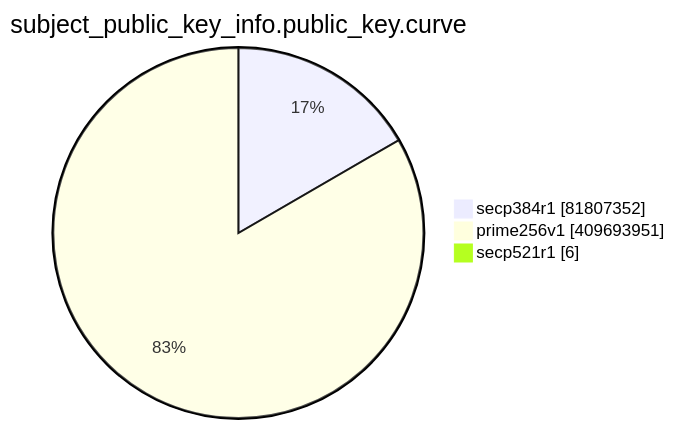
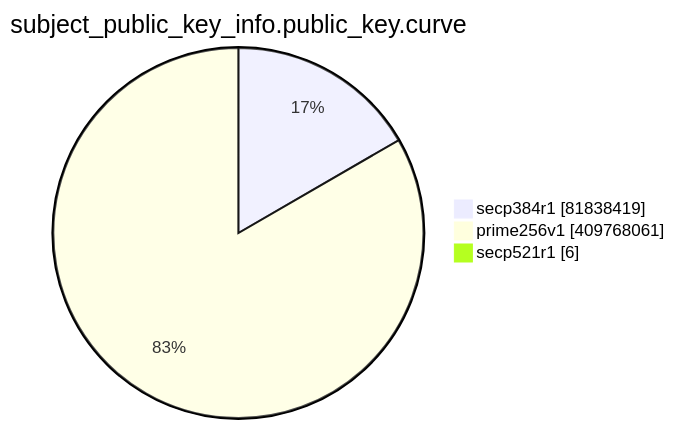
One commit to christiankrug/ctmonitor_visualization changed the eighth of 15 diagrams in TOTAL/README.md. Above: the diagram before and after it, drawn with Mermaid. The commit also changed other lines of this file, not shown here.

````diff
--- a/TOTAL/README.md
+++ b/TOTAL/README.md
@@ -3096,7 +3096,7 @@
 ```mermaid
 pie showData
 title subject_public_key_info.public_key.curve
-"secp384r1" :81807352
-"prime256v1" :409693951
+"secp384r1" :81838419
+"prime256v1" :409768061
 "secp521r1" :6
 ```
````
